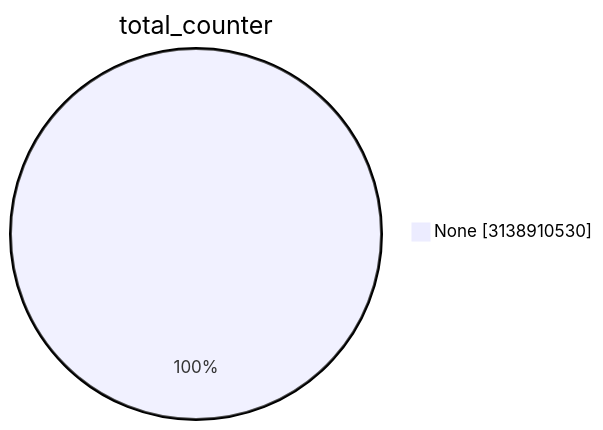
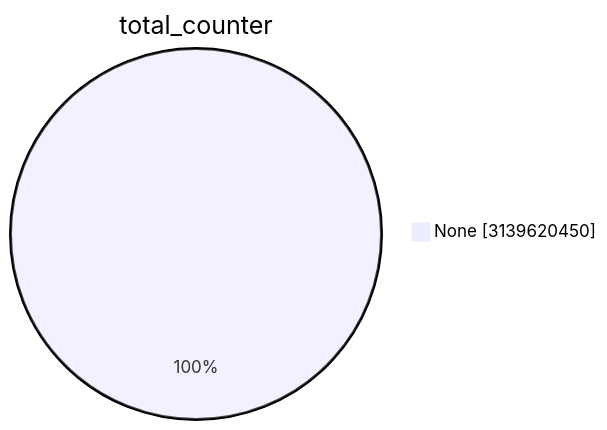
One commit to christiankrug/ctmonitor_visualization changed the first of 15 diagrams in TOTAL/README.md. Above: the diagram before and after it, drawn with Mermaid. The commit also changed other lines of this file, not shown here.

````diff
--- a/TOTAL/README.md
+++ b/TOTAL/README.md
@@ -1,5 +1,5 @@
 ```mermaid
 pie showData
 title total_counter
-"None" :3138910530
+"None" :3139620450
 ```
````
